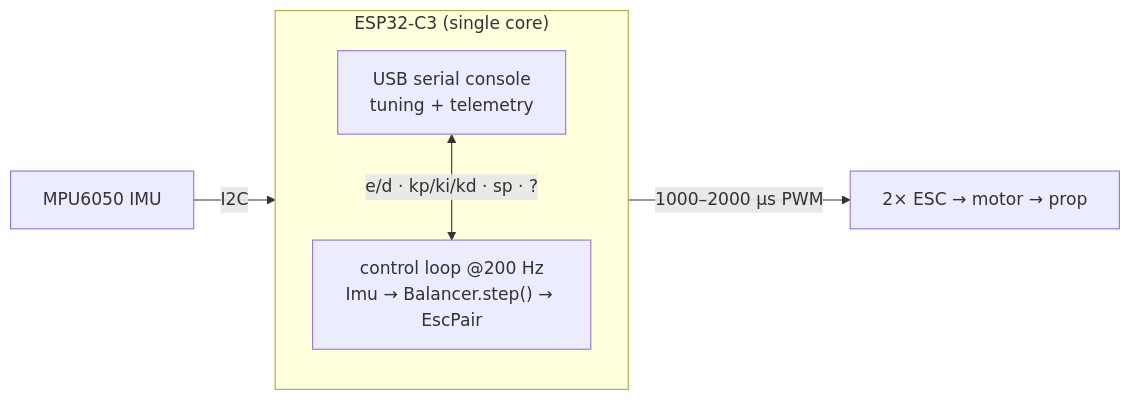
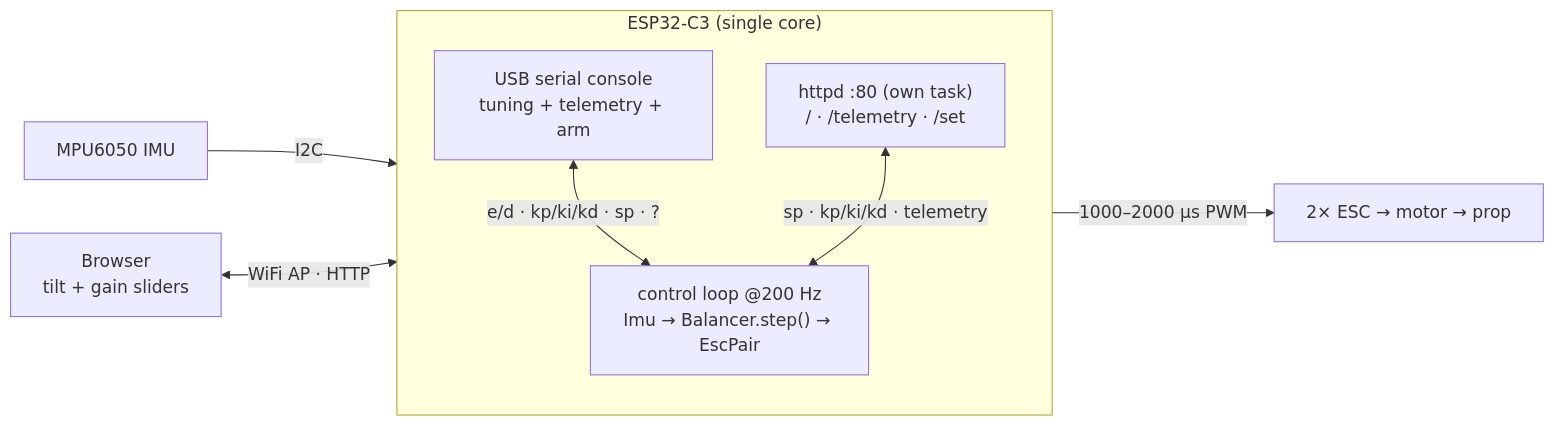
One commit to lmarqs/libra changed the first of 2 diagrams in README.md. Above: the diagram before and after it, drawn with Mermaid. The commit also changed other lines of this file and 1 other file, not shown here.

First line of the commit message:
docs: document the web tuning UI

````diff
--- a/README.md
+++ b/README.md
@@ -48,11 +53,14 @@
 ```mermaid
 flowchart LR
     mpu["MPU6050 IMU"] -->|I2C| loop
     subgraph c3["ESP32-C3 (single core)"]
         direction TB
         loop["control loop @200 Hz<br/>Imu → Balancer.step() → EscPair"]
-        serial["USB serial console<br/>tuning + telemetry"]
+        serial["USB serial console<br/>tuning + telemetry + arm"]
+        web["httpd :80 (own task)<br/>/ · /telemetry · /set"]
         serial <-->|"e/d · kp/ki/kd · sp · ?"| loop
+        web <-->|"sp · kp/ki/kd · telemetry"| loop
     end
     loop -->|"1000–2000 µs PWM"| esc["2× ESC → motor → prop"]
+    browser["Browser<br/>tilt + gain sliders"] <-->|"WiFi AP · HTTP"| web
 ```
````
